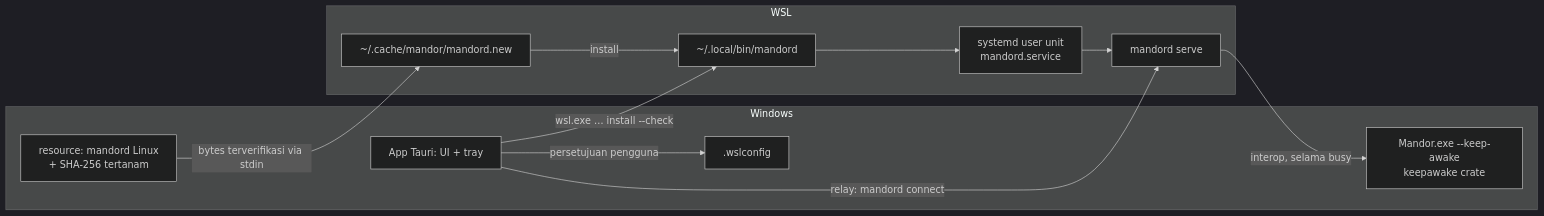
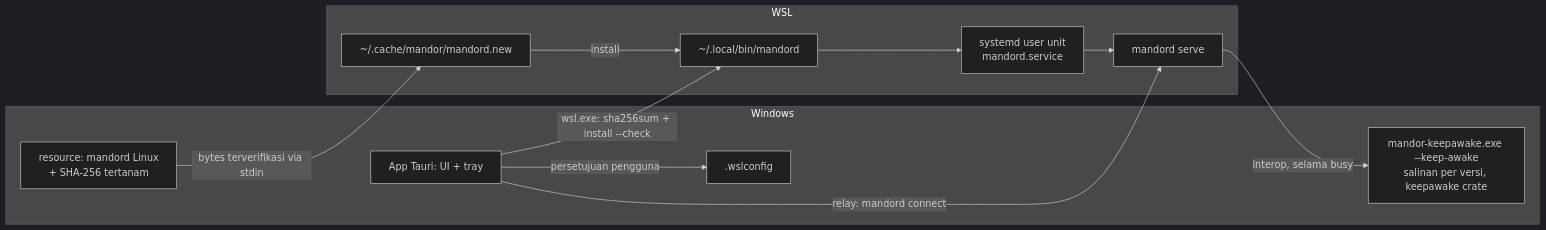
The first of 2 diagrams in docs/plans/2026-10-23-001-feat-daemon-os-service-installer-plan.md (handokobeni/mandor), drawn with Mermaid (dark theme) before and after one commit. The commit also changed other lines of this file, not shown here.

````diff
--- a/docs/plans/2026-10-23-001-feat-daemon-os-service-installer-plan.md
+++ b/docs/plans/2026-10-23-001-feat-daemon-os-service-installer-plan.md
@@ -125,22 +140,22 @@
 ```mermaid
 flowchart LR
   subgraph Windows
     UI[App Tauri: UI + tray]
-    KA[Mandor.exe --keep-awake<br/>keepawake crate]
+    KA[mandor-keepawake.exe --keep-awake<br/>salinan per versi, keepawake crate]
     CFG[.wslconfig]
     RES[resource: mandord Linux<br/>+ SHA-256 tertanam]
   end
   subgraph WSL
     STG[~/.cache/mandor/mandord.new]
     SVC[systemd user unit<br/>mandord.service]
     D[mandord serve]
     BIN[~/.local/bin/mandord]
   end
-  UI -- "wsl.exe … install --check" --> BIN
+  UI -- "wsl.exe: sha256sum + install --check" --> BIN
   RES -- "bytes terverifikasi via stdin" --> STG
   STG -- "install" --> BIN
   BIN --> SVC --> D
   UI -- "relay: mandord connect" --> D
   D -- "interop, selama busy" --> KA
   UI -- "persetujuan pengguna" --> CFG
 ```
````
